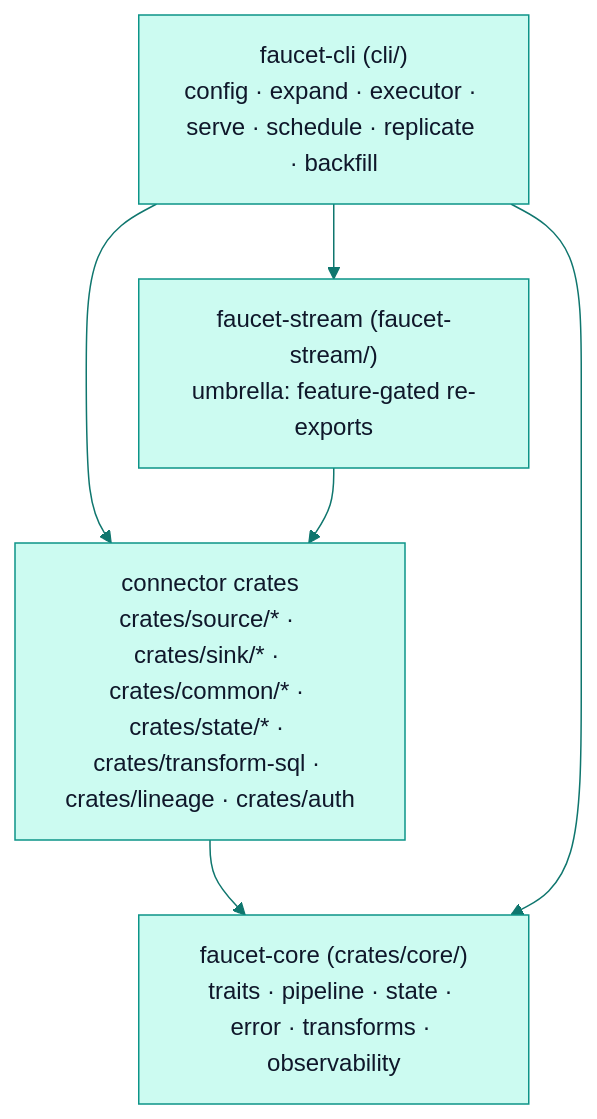
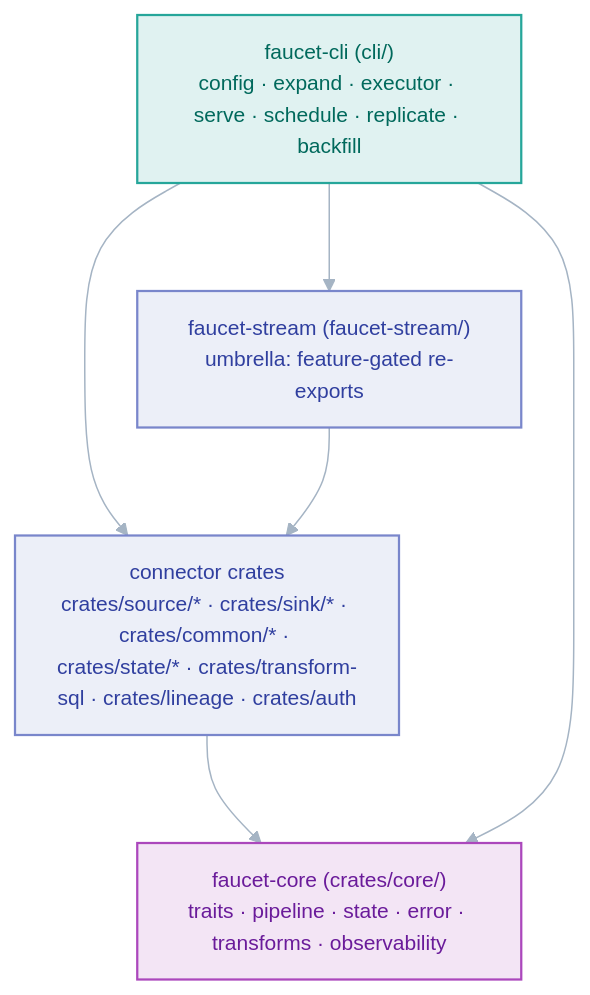
Before and after one commit to PawanSikawat/faucet-stream: the first of 2 diagrams in docs/contributing/architecture.md, drawn with Mermaid. The commit also changed other lines of this file and 28 other files, not shown here.

First line of the commit message:
docs: upgrade Mermaid diagrams to V2 role-coded style

````diff
--- a/docs/contributing/architecture.md
+++ b/docs/contributing/architecture.md
@@ -15,14 +15,20 @@
 ```mermaid
-%%{init: {'theme':'base','themeVariables':{'primaryColor':'#ccfbf1','primaryTextColor':'#0f172a','primaryBorderColor':'#0d9488','lineColor':'#0f766e','secondaryColor':'#e0f2fe','tertiaryColor':'#f0fdfa','fontFamily':'-apple-system,BlinkMacSystemFont,Segoe UI,sans-serif'}}}%%
+%%{init: {'theme':'base','flowchart':{'curve':'basis','nodeSpacing':50,'rankSpacing':72,'padding':14},'themeVariables':{'fontFamily':'-apple-system,BlinkMacSystemFont,Segoe UI,sans-serif','fontSize':'14px','lineColor':'#a5b4c4','clusterBkg':'#f8fafc','clusterBorder':'#e2e8f0'}}}%%
 flowchart TD
     CLI["faucet-cli (cli/)<br/>config · expand · executor · serve · schedule · replicate · backfill"]
     UMB["faucet-stream (faucet-stream/)<br/>umbrella: feature-gated re-exports"]
     CONN["connector crates<br/>crates/source/* · crates/sink/* · crates/common/* · crates/state/* · crates/transform-sql · crates/lineage · crates/auth"]
     CORE["faucet-core (crates/core/)<br/>traits · pipeline · state · error · transforms · observability"]
 
     CLI --> UMB
     CLI --> CONN
     UMB --> CONN
     CONN --> CORE
     CLI --> CORE
+    classDef src fill:#e0f2f1,stroke:#26a69a,stroke-width:1.5px,color:#00695c
+    classDef proc fill:#eceff8,stroke:#7986cb,stroke-width:1.5px,color:#303f9f
+    classDef store fill:#f3e5f5,stroke:#ab47bc,stroke-width:1.5px,color:#6a1b9a
+    class CLI src
+    class UMB,CONN proc
+    class CORE store
 ```
````
